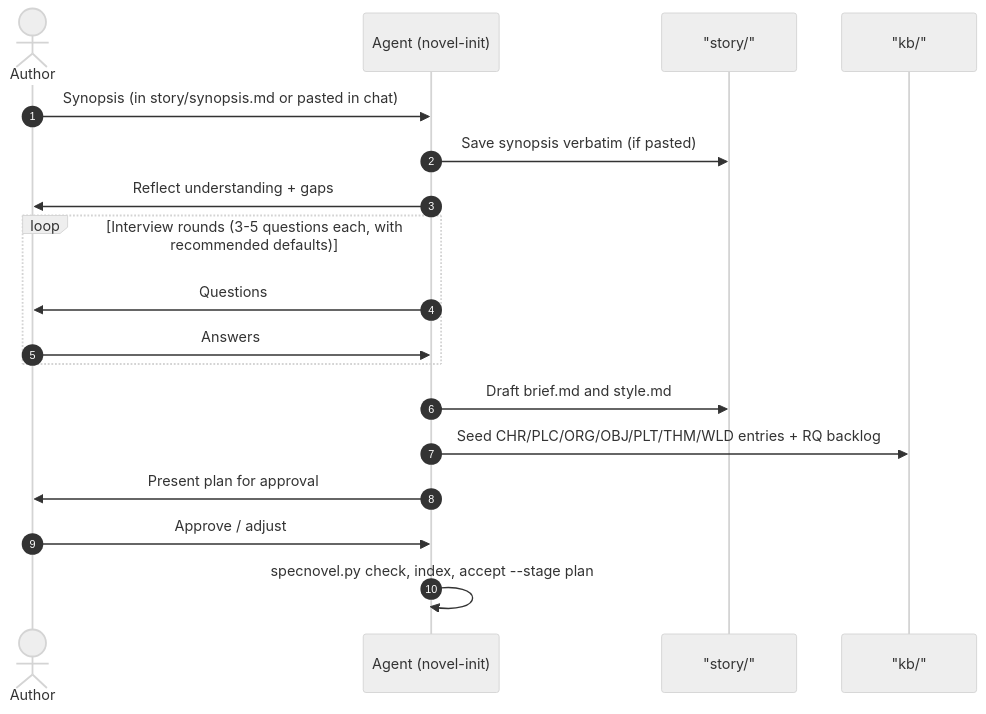
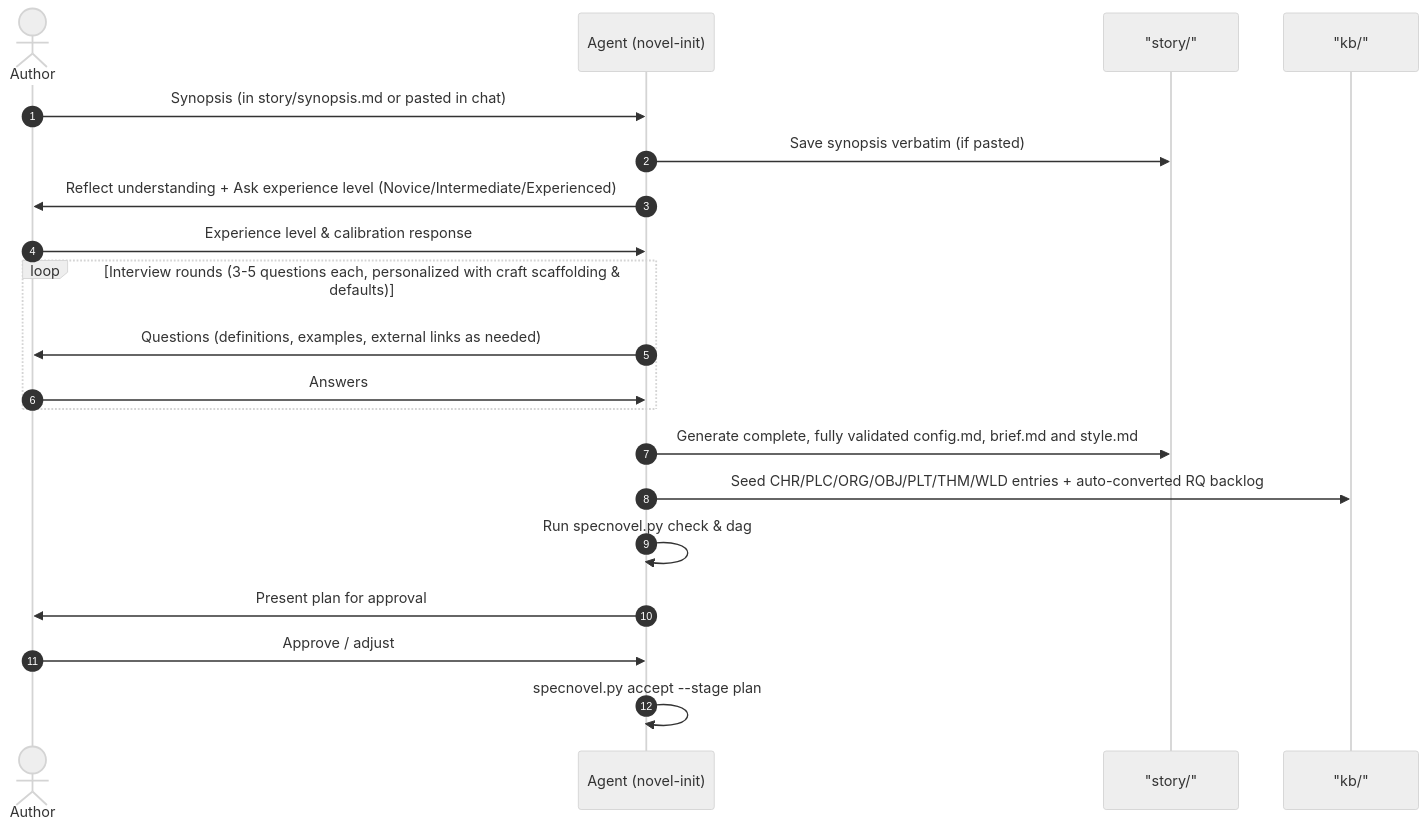
One commit to junov/SpecNovelist changed the diagram in .agents/skills/novel-init/SKILL.md. Above: the diagram before and after it, drawn with Mermaid (neutral theme). The commit also changed other lines of this file and 3 other files, not shown here.

Commit message:
feat(novel-init): personalize onboarding interview to novelist experience level and validate config/style specifications

````diff
--- a/.agents/skills/novel-init/SKILL.md
+++ b/.agents/skills/novel-init/SKILL.md
@@ -39,20 +39,22 @@
 ```mermaid
 sequenceDiagram
     autonumber
     actor Author
     participant Agent as Agent (novel-init)
     participant Story as "story/"
     participant KB as "kb/"
     Author->>Agent: Synopsis (in story/synopsis.md or pasted in chat)
     Agent->>Story: Save synopsis verbatim (if pasted)
-    Agent->>Author: Reflect understanding + gaps
-    loop Interview rounds (3-5 questions each, with recommended defaults)
-        Agent->>Author: Questions
+    Agent->>Author: Reflect understanding + Ask experience level (Novice/Intermediate/Experienced)
+    Author->>Agent: Experience level & calibration response
+    loop Interview rounds (3-5 questions each, personalized with craft scaffolding & defaults)
+        Agent->>Author: Questions (definitions, examples, external links as needed)
         Author->>Agent: Answers
     end
-    Agent->>Story: Draft brief.md and style.md
-    Agent->>KB: Seed CHR/PLC/ORG/OBJ/PLT/THM/WLD entries + RQ backlog
+    Agent->>Story: Generate complete, fully validated config.md, brief.md and style.md
+    Agent->>KB: Seed CHR/PLC/ORG/OBJ/PLT/THM/WLD entries + auto-converted RQ backlog
+    Agent->>Agent: Run specnovel.py check & dag
     Agent->>Author: Present plan for approval
     Author->>Agent: Approve / adjust
-    Agent->>Agent: specnovel.py check, index, accept --stage plan
+    Agent->>Agent: specnovel.py accept --stage plan
 ```
````
